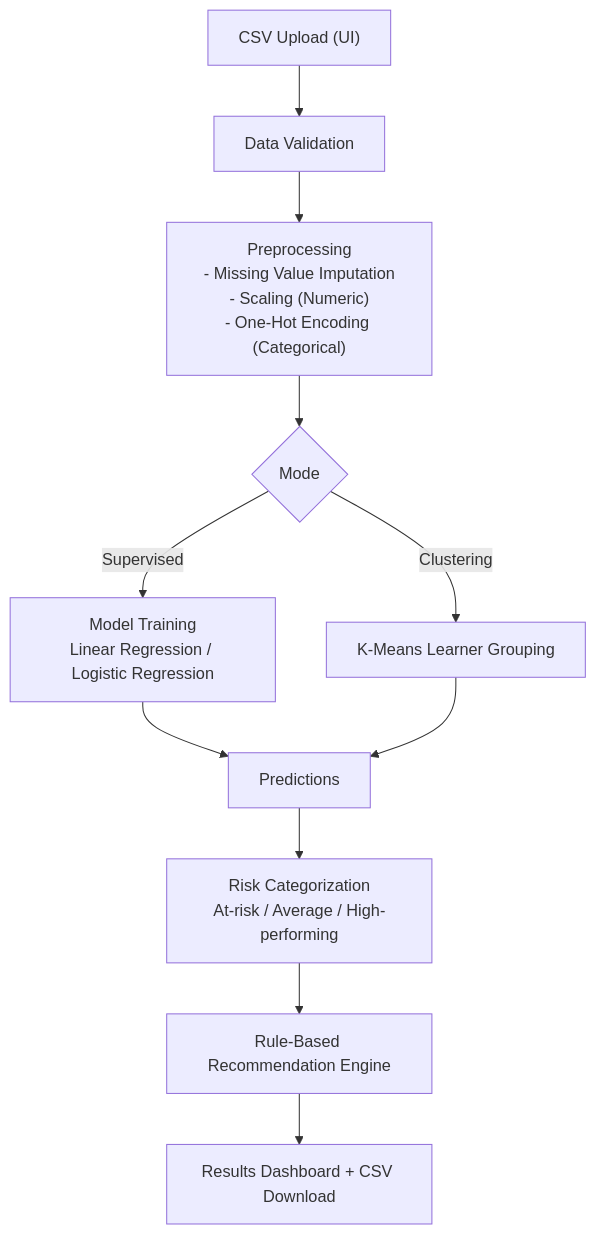
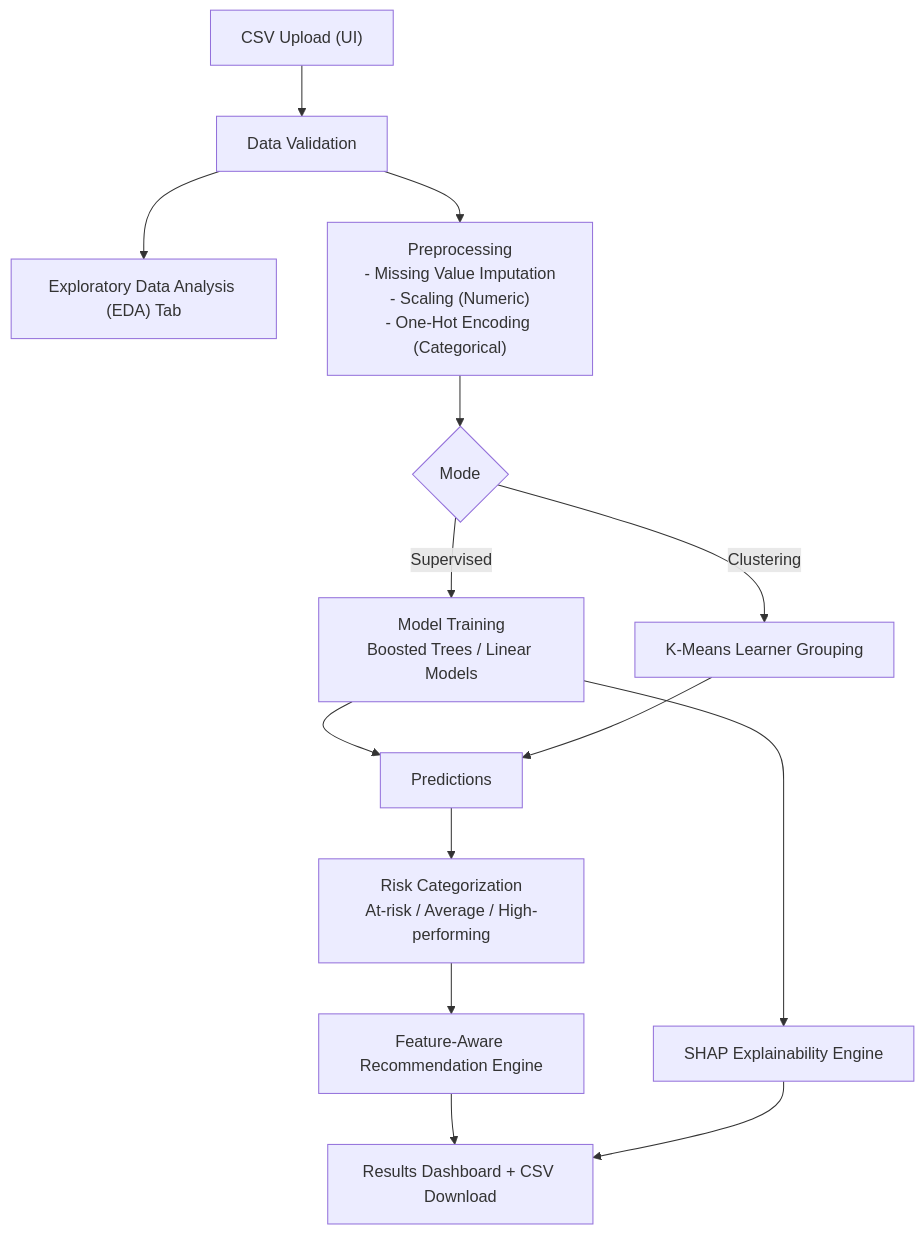
The diagram in docs/milestone1_report.md (SahilKhan911/AIML-PROJECT), drawn with Mermaid before and after one commit. The commit also changed other lines of this file and 2 other files, not shown here.

````diff
--- a/docs/milestone1_report.md
+++ b/docs/milestone1_report.md
@@ -28,13 +32,16 @@
 ```mermaid
 flowchart TD
     A["CSV Upload (UI)"] --> B["Data Validation"]
+    B --> EDA["Exploratory Data Analysis (EDA) Tab"]
     B --> C["Preprocessing\n- Missing Value Imputation\n- Scaling (Numeric)\n- One-Hot Encoding (Categorical)"]
     C --> D{"Mode"}
-    D -->|"Supervised"| E["Model Training\nLinear Regression / Logistic Regression"]
+    D -->|"Supervised"| E["Model Training\nBoosted Trees / Linear Models"]
     D -->|"Clustering"| F["K-Means Learner Grouping"]
     E --> G["Predictions"]
+    E --> SHAP["SHAP Explainability Engine"]
     F --> G
     G --> H["Risk Categorization\nAt-risk / Average / High-performing"]
-    H --> I["Rule-Based Recommendation Engine"]
+    H --> I["Feature-Aware Recommendation Engine"]
     I --> J["Results Dashboard + CSV Download"]
+    SHAP --> J
 ```
````
